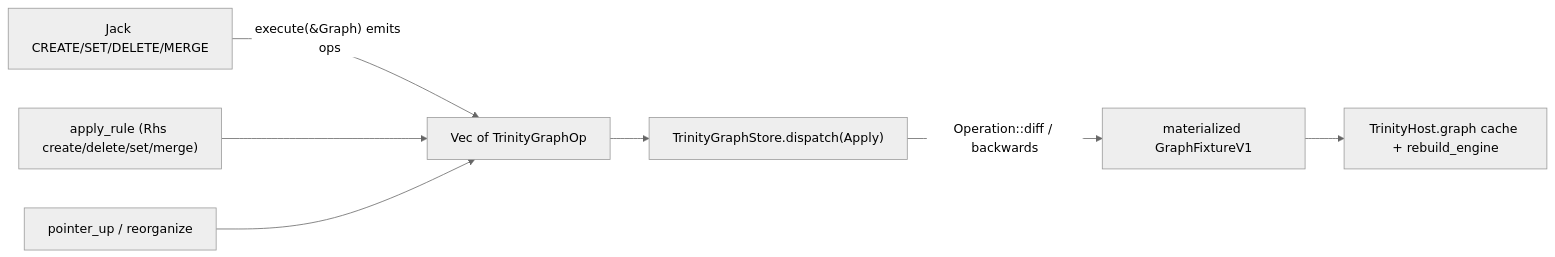
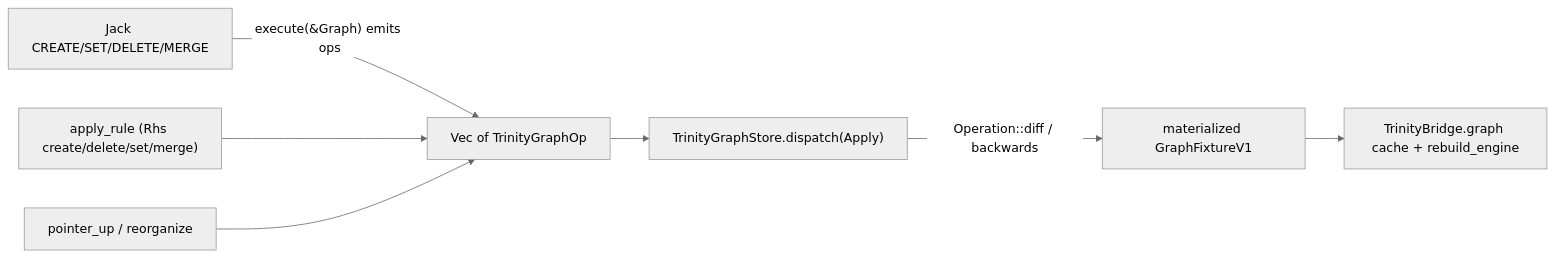
One commit to usalu/semio changed the diagram in .🦑️repo/🎫️tickets/🎆️26/🌙️07/☀️01/TRINITY-JACK-CQRS-GATE/trinity_jack_cqrs_gate_dfca5379.plan.md. Above: the diagram before and after it, drawn with Mermaid (neutral theme). The commit also changed other lines of this file and 446 other files, not shown here.

````diff
--- a/.🦑️repo/🎫️tickets/🎆️26/🌙️07/☀️01/TRINITY-JACK-CQRS-GATE/trinity_jack_cqrs_gate_dfca5379.plan.md
+++ b/.🦑️repo/🎫️tickets/🎆️26/🌙️07/☀️01/TRINITY-JACK-CQRS-GATE/trinity_jack_cqrs_gate_dfca5379.plan.md
@@ -49,9 +49,9 @@
 ```mermaid
 flowchart LR
   JackQuery["Jack CREATE/SET/DELETE/MERGE"] -->|"execute(&Graph) emits ops"| Ops["Vec of TrinityGraphOp"]
   RewriteRule["apply_rule (Rhs create/delete/set/merge)"] --> Ops
   DragCommit["pointer_up / reorganize"] --> Ops
   Ops --> Store["TrinityGraphStore.dispatch(Apply)"]
   Store -->|"Operation::diff / backwards"| Projection["materialized GraphFixtureV1"]
-  Projection --> Graph["TrinityHost.graph cache + rebuild_engine"]
+  Projection --> Graph["TrinityBridge.graph cache + rebuild_engine"]
 ```
````
